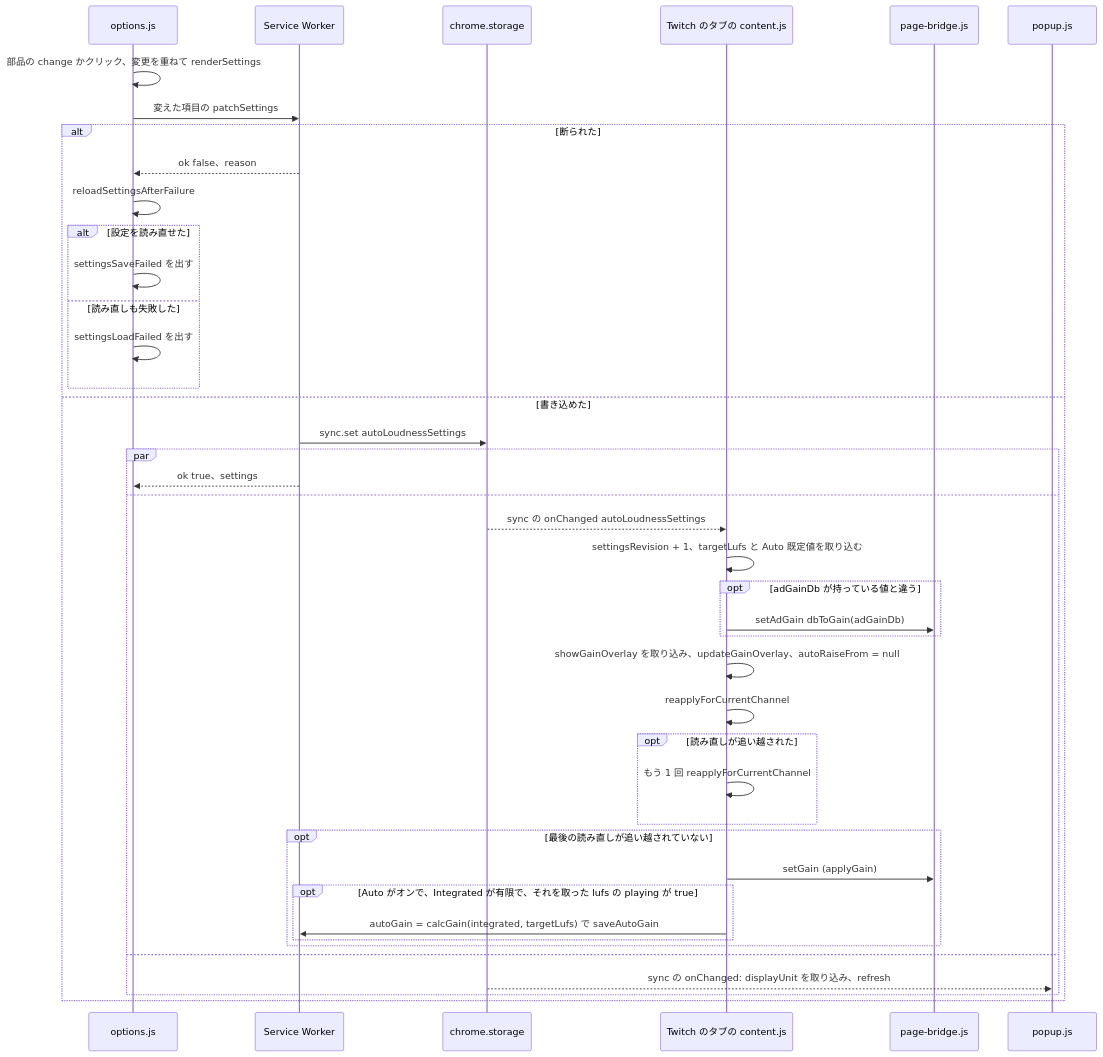
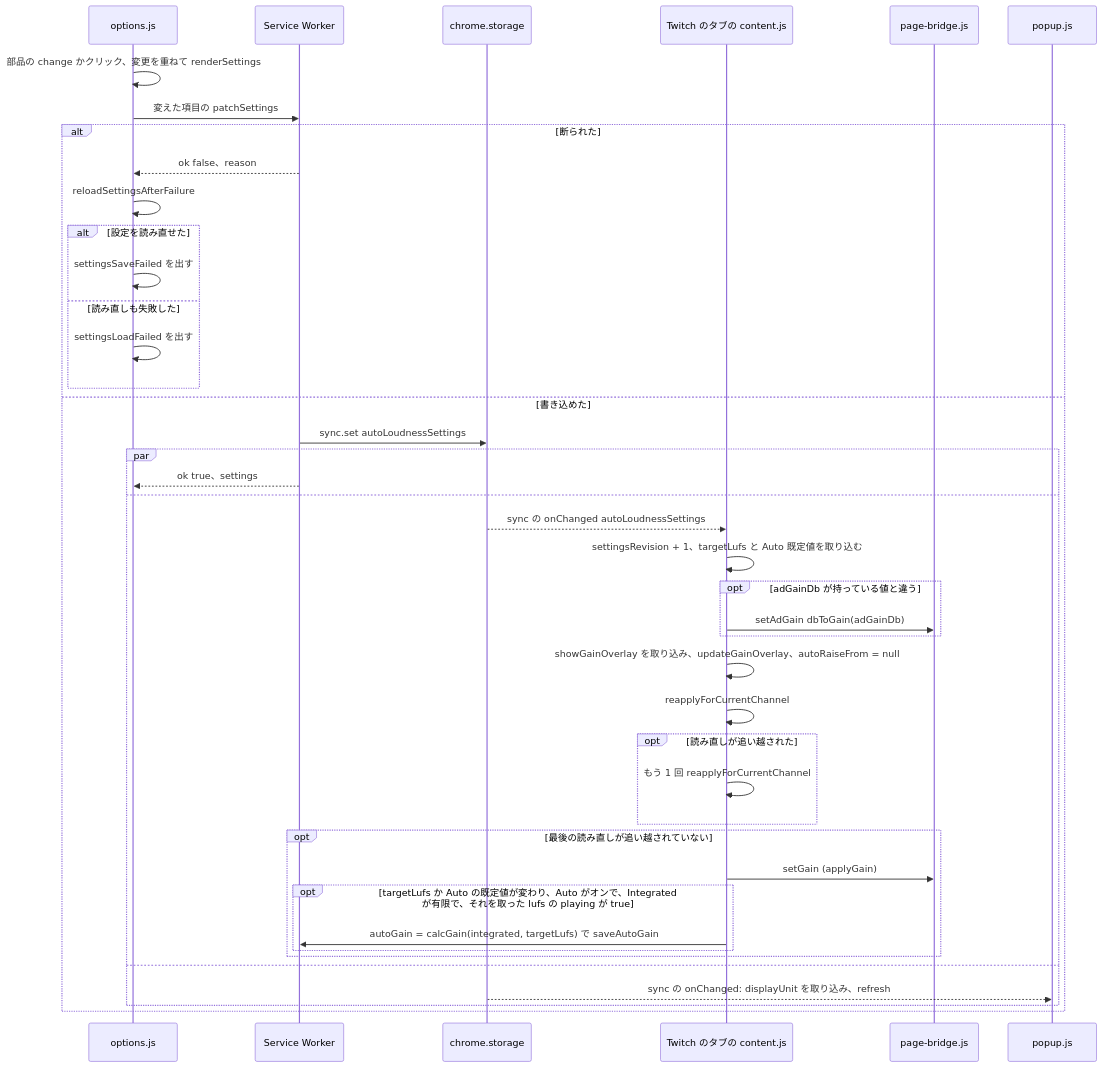
Diagram 13 of 17 in docs/gain-change-and-save.ja.md (semnil/twitch-channel-volume), drawn with Mermaid before and after one commit. The commit also changed other lines of this file and 4 other files, not shown here.

````diff
--- a/docs/gain-change-and-save.ja.md
+++ b/docs/gain-change-and-save.ja.md
@@ -565,44 +565,44 @@
 ```mermaid
 sequenceDiagram
   participant options as options.js
   participant sw as Service Worker
   participant storage as chrome.storage
   participant content as Twitch のタブの content.js
   participant bridge as page-bridge.js
   participant popup as popup.js
   options->>options: 部品の change かクリック、変更を重ねて renderSettings
   options->>sw: 変えた項目の patchSettings
   alt 断られた
     sw-->>options: ok false、reason
     options->>options: reloadSettingsAfterFailure
     alt 設定を読み直せた
       options->>options: settingsSaveFailed を出す
     else 読み直しも失敗した
       options->>options: settingsLoadFailed を出す
     end
   else 書き込めた
     sw->>storage: sync.set autoLoudnessSettings
     par
       sw-->>options: ok true、settings
     and
       storage-->>content: sync の onChanged autoLoudnessSettings
       content->>content: settingsRevision + 1、targetLufs と Auto 既定値を取り込む
       opt adGainDb が持っている値と違う
         content->>bridge: setAdGain dbToGain(adGainDb)
       end
       content->>content: showGainOverlay を取り込み、updateGainOverlay、autoRaiseFrom = null
       content->>content: reapplyForCurrentChannel
       opt 読み直しが追い越された
         content->>content: もう 1 回 reapplyForCurrentChannel
       end
       opt 最後の読み直しが追い越されていない
         content->>bridge: setGain (applyGain)
-        opt Auto がオンで、Integrated が有限で、それを取った lufs の playing が true
+        opt targetLufs か Auto の既定値が変わり、Auto がオンで、Integrated が有限で、それを取った lufs の playing が true
           content->>sw: autoGain = calcGain(integrated, targetLufs) で saveAutoGain
         end
       end
     and
       storage-->>popup: sync の onChanged: displayUnit を取り込み、refresh
     end
   end
 ```
````
